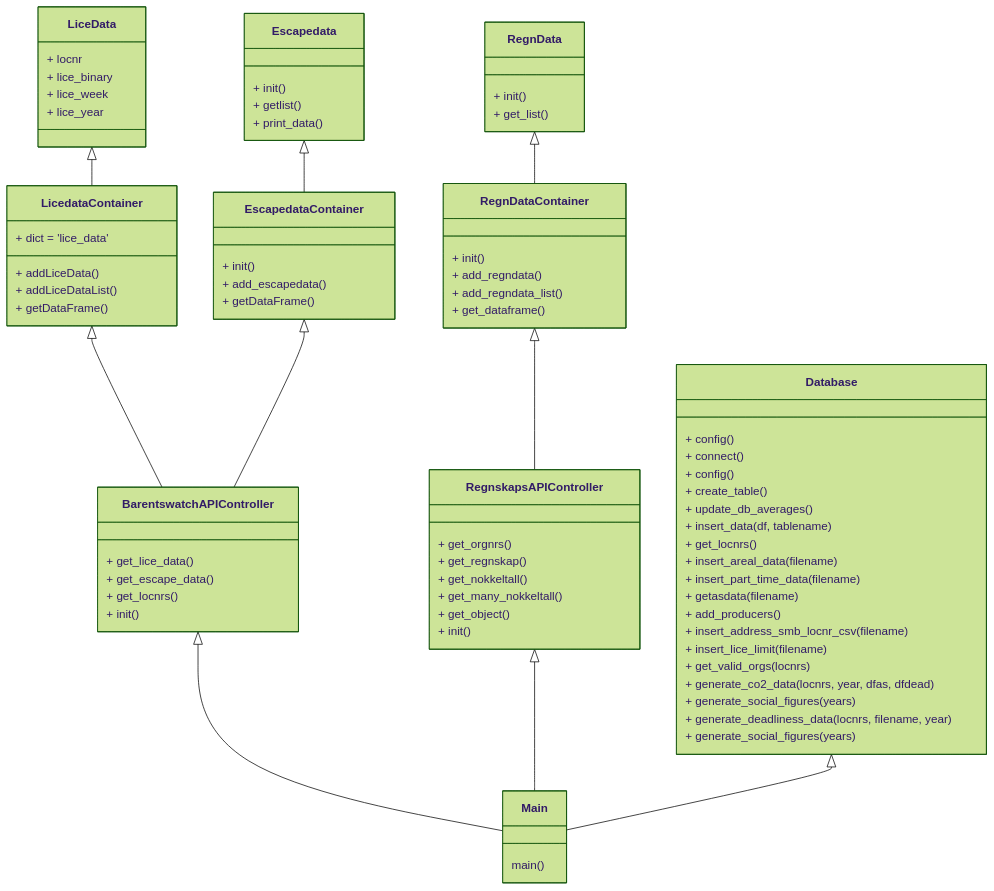
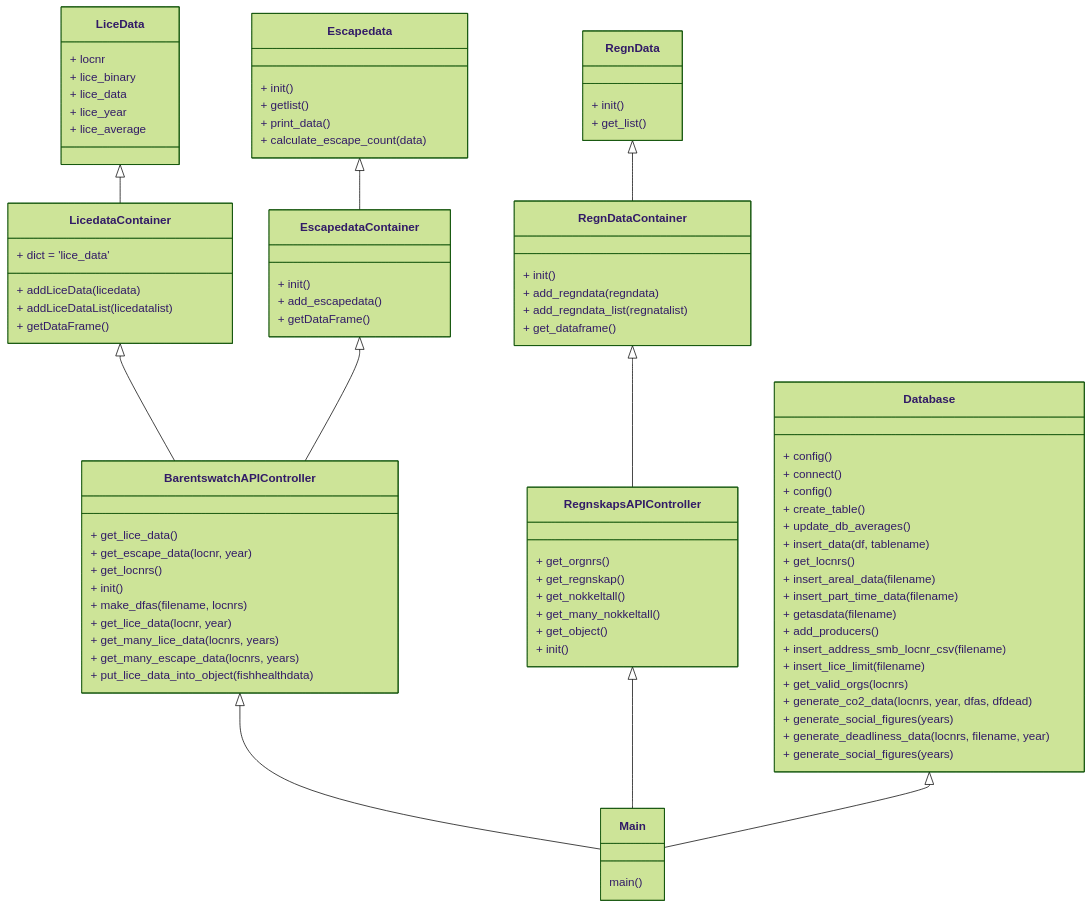
The diagram in Documentation/class_diagram.md (brreg/sommercamp2022), drawn with Mermaid (forest theme) before and after one commit.

```diff
--- a/Documentation/class_diagram.md
+++ b/Documentation/class_diagram.md
@@ -19,9 +19,15 @@
 
     class BarentswatchAPIController {
       + get_lice_data()
-	  + get_escape_data()
+	  + get_escape_data(locnr, year)
 	  + get_locnrs()
 	  + init()
+	  + make_dfas(filename, locnrs)
+	  + get_lice_data(locnr, year)
+	  + get_many_lice_data(locnrs, years)
+	  + get_many_escape_data(locnrs, years)
+	  + put_lice_data_into_object(fishhealthdata)
+	  
     }
 
     class RegnskapsAPIController {
@@ -61,8 +67,8 @@
 
 	class LicedataContainer {
       + dict = 'lice_data'
-	  + addLiceData()
-	  + addLiceDataList()
+	  + addLiceData(licedata)
+	  + addLiceDataList(licedatalist)
 	  + getDataFrame()
 	  
     }
@@ -70,14 +76,17 @@
 	class LiceData {
       + locnr
 	  + lice_binary
-	  + lice_week
+	  + lice_data
 	  + lice_year
+	  + lice_average
+	  
     }
 	
 	class Escapedata {
       + init()
 	  + getlist()
 	  + print_data()
+	  + calculate_escape_count(data)
 	  
     }
 	class RegnData {
@@ -87,8 +96,8 @@
     
     class RegnDataContainer {
       + init()
-	  + add_regndata()
-	  + add_regndata_list()
+	  + add_regndata(regndata)
+	  + add_regndata_list(regnatalist)
 	  + get_dataframe()
     }
 	
```
